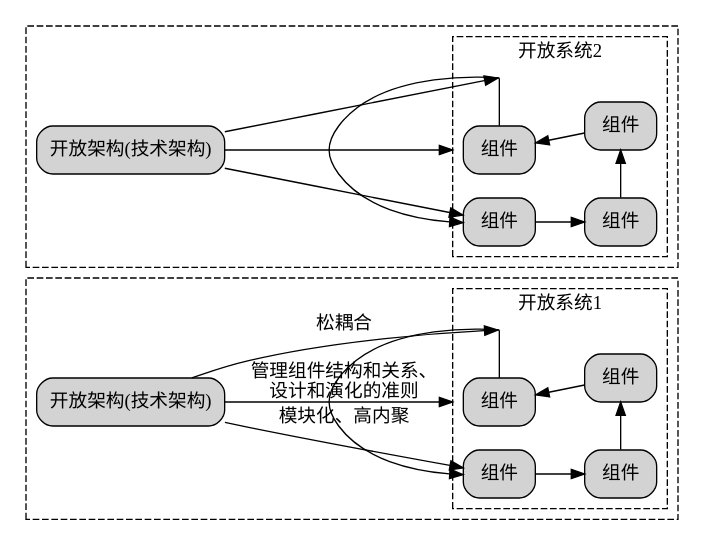
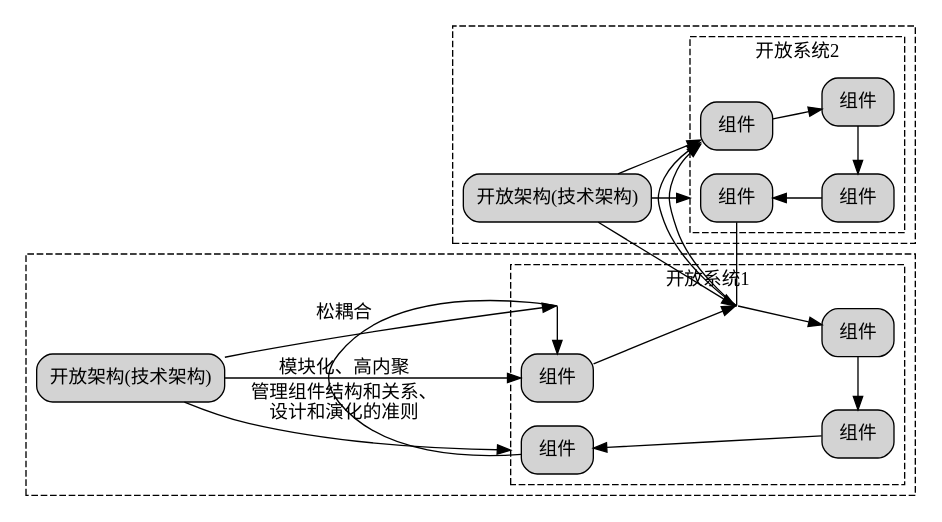
Before and after one commit to chaozhang2000/soa: the diagram in parts/definition1.dot, drawn with Graphviz. The commit also changed 2 other files, not shown here.

```diff
--- a/parts/definition1.dot
+++ b/parts/definition1.dot
@@ -1,63 +1,65 @@
 digraph G {
   graph [rankdir=LR,compound=true];
   node [shape=box, style="rounded,filled"];
   
   subgraph cluster1{
     label="";
 	style = dashed;
     
     subgraph cluster_system1{
       label="开放系统1"
       node1[label="组件"]
       node2[label="组件"] 
       node3[label="组件"]
       node4[label="组件"]
       
       // 创建不可见节点
       invis_node1 [shape=point, width=0, height=0, label=""]
+      invis_node2 [shape=point, width=0, height=0, label=""]
       
       // 重新连接节点，在node1和node2之间插入不可见节点
-      node1 -> node2
+      node1 -> invis_node2
+      invis_node2->node2
       node2 -> node3
       node3 -> node4
       node4 -> invis_node1 [dir=none]  // dir=none 表示没有箭头
       invis_node1 -> node1
       
       {rank=same;node1;node4;invis_node1}
       {rank=same;node2;node3}
     }
   TA1[label="开放架构(技术架构)"]
   TA1->node1[label="模块化、高内聚"]
   TA1->invis_node1[label="松耦合"]
   TA1->node4[label="管理组件结构和关系、\n设计和演化的准则",lhead="cluster_system1"]
 }
   subgraph cluster2{
     label="";
 	style = dashed;
     
     subgraph cluster_system2{
       label="开放系统2"
       node5[label="组件"]
       node6[label="组件"] 
       node7[label="组件"]
       node8[label="组件"]
       
       // 创建不可见节点
       invis_node2 [shape=point, width=0, height=0, label=""]
       
       // 重新连接节点，在node5和node6之间插入不可见节点
       node5 -> node6
       node6 -> node7
       node7 -> node8
       node8 -> invis_node2 [dir=none]  // dir=none 表示没有箭头
       invis_node2 -> node5
       
       {rank=same;node5;node8;invis_node2}
       {rank=same;node6;node7}
     }
   TA2[label="开放架构(技术架构)"]
   TA2->node5
   TA2->invis_node2
   TA2->node8[lhead="cluster_system2"]
   }
 }
```
